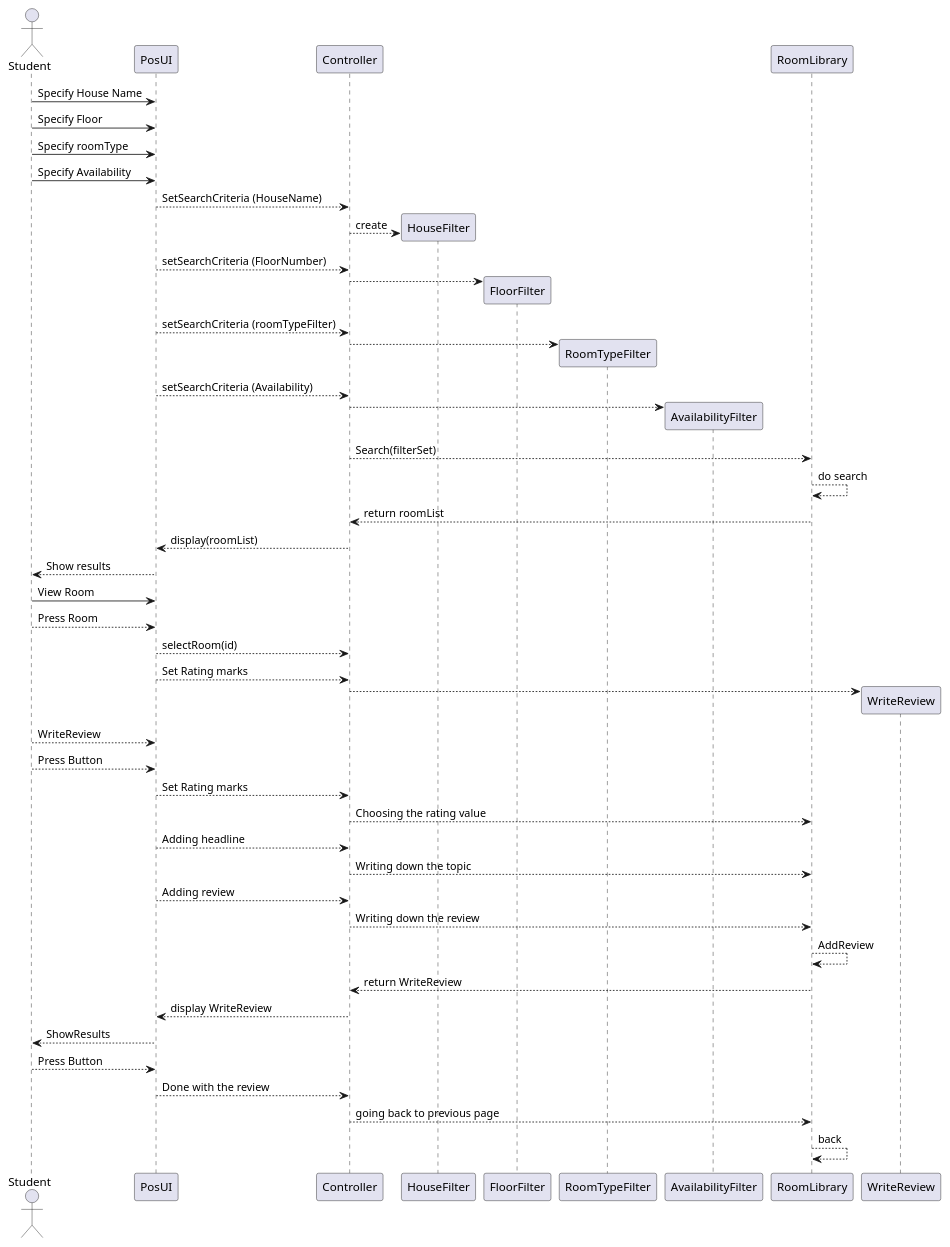
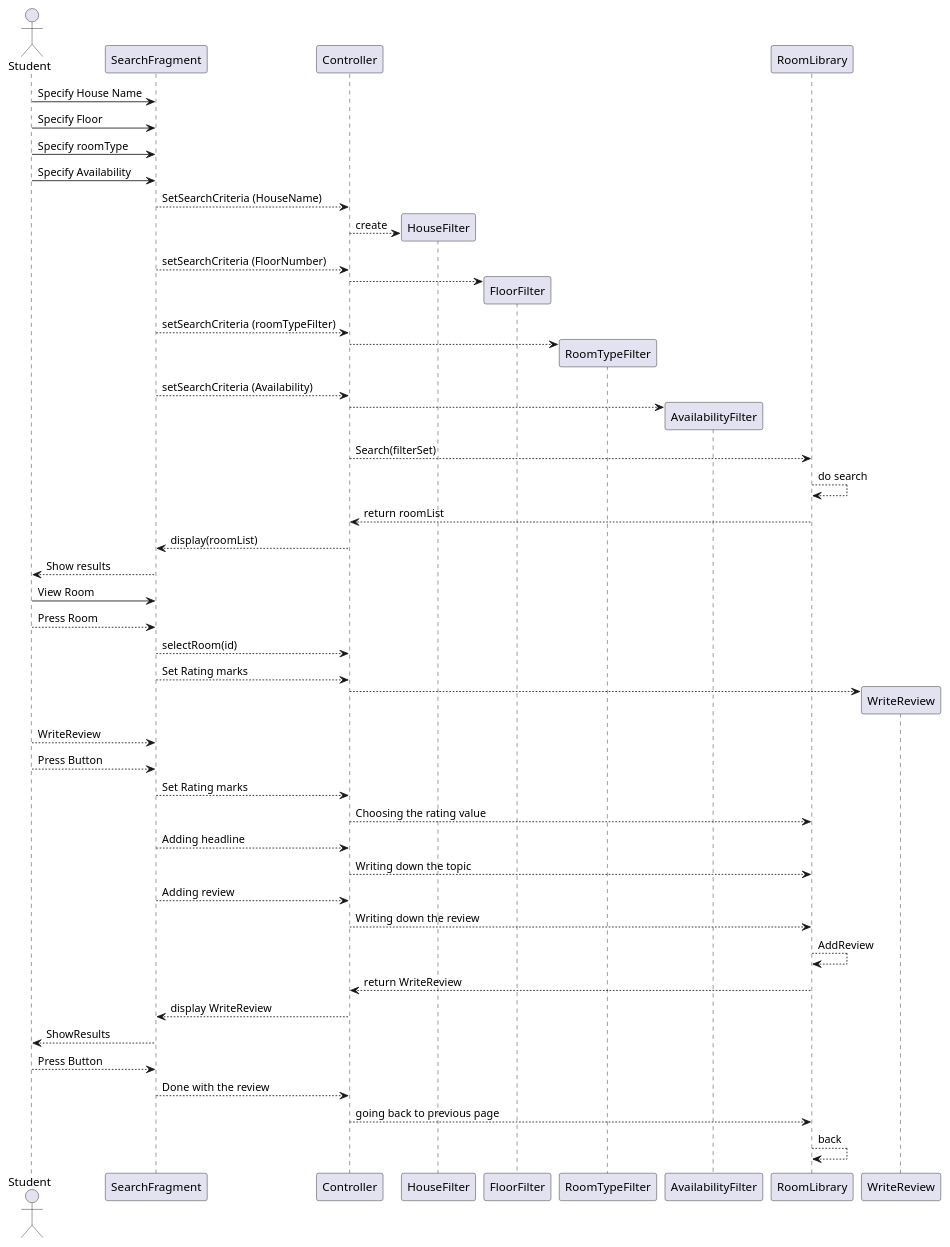
One commit to alexandraguillen12/Dorm-Review-App changed the second of 3 diagrams in intellij/doc/design.md. Above: the diagram before and after it, drawn with PlantUML. The commit also changed other lines of this file, not shown here.

Commit message:
More updates in Sequence and Design.md

````diff
--- a/intellij/doc/design.md
+++ b/intellij/doc/design.md
@@ -103,48 +108,48 @@
 ```plantuml
 @startuml
 actor Student
-Student -> PosUI: Specify House Name 
-Student -> PosUI: Specify Floor
-Student -> PosUI: Specify roomType
-Student -> PosUI: Specify Availability
-PosUI --> Controller: SetSearchCriteria (HouseName) 
+Student -> SearchFragment: Specify House Name 
+Student -> SearchFragment: Specify Floor
+Student -> SearchFragment: Specify roomType
+Student -> SearchFragment: Specify Availability
+SearchFragment --> Controller: SetSearchCriteria (HouseName) 
 create HouseFilter
 Controller --> HouseFilter: create 
-PosUI --> Controller: setSearchCriteria (FloorNumber)
+SearchFragment --> Controller: setSearchCriteria (FloorNumber)
 create FloorFilter 
 Controller --> FloorFilter
-PosUI --> Controller: setSearchCriteria (roomTypeFilter)
+SearchFragment --> Controller: setSearchCriteria (roomTypeFilter)
 create RoomTypeFilter 
 Controller --> RoomTypeFilter 
-PosUI --> Controller: setSearchCriteria (Availability)
+SearchFragment --> Controller: setSearchCriteria (Availability)
 create AvailabilityFilter 
 Controller --> AvailabilityFilter
 Controller --> RoomLibrary: Search(filterSet)
 RoomLibrary --> RoomLibrary: do search  
 RoomLibrary --> Controller: return roomList  
-Controller --> PosUI: display(roomList) 
-PosUI --> Student: Show results 
-Student -> PosUI: View Room 
-Student --> PosUI: Press Room 
-PosUI --> Controller: selectRoom(id)
-PosUI --> Controller: Set Rating marks
+Controller --> SearchFragment: display(roomList) 
+SearchFragment --> Student: Show results 
+Student -> SearchFragment: View Room 
+Student --> SearchFragment: Press Room 
+SearchFragment --> Controller: selectRoom(id)
+SearchFragment --> Controller: Set Rating marks
 create WriteReview
 Controller --> WriteReview
-Student --> PosUI: WriteReview
-Student --> PosUI: Press Button 
-PosUI --> Controller: Set Rating marks 
+Student --> SearchFragment: WriteReview
+Student --> SearchFragment: Press Button 
+SearchFragment--> Controller: Set Rating marks 
 Controller --> RoomLibrary: Choosing the rating value 
-PosUI --> Controller: Adding headline
+SearchFragment --> Controller: Adding headline
 Controller --> RoomLibrary: Writing down the topic
-PosUI --> Controller: Adding review 
+SearchFragment --> Controller: Adding review 
 Controller --> RoomLibrary: Writing down the review 
 RoomLibrary --> RoomLibrary: AddReview
 RoomLibrary --> Controller: return WriteReview
-Controller --> PosUI: display WriteReview
-PosUI--> Student: ShowResults
-Student --> PosUI: Press Button
-PosUI --> Controller: Done with the review
+Controller --> SearchFragment: display WriteReview
+SearchFragment--> Student: ShowResults
+Student --> SearchFragment: Press Button
+SearchFragment --> Controller: Done with the review
 Controller --> RoomLibrary: going back to previous page
 RoomLibrary --> RoomLibrary: back
 @enduml
 ```
````
